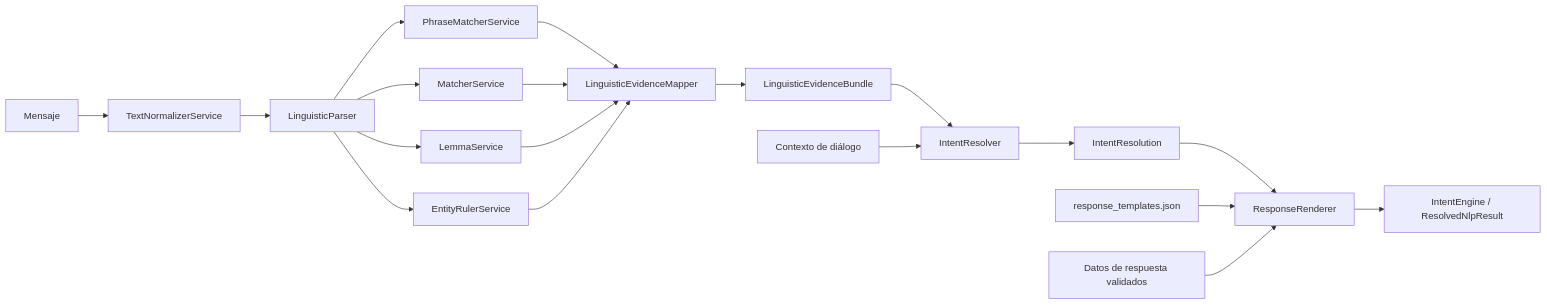
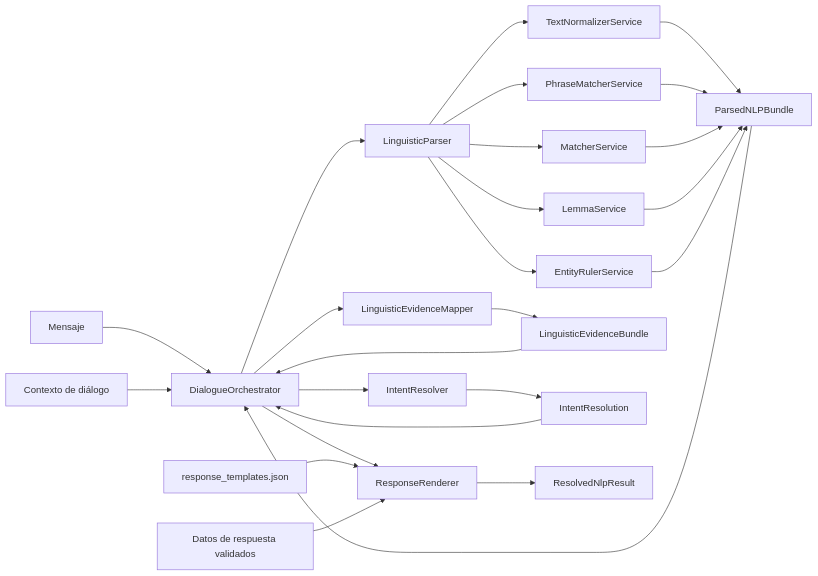
Before and after one commit to fomoro/Spacy: the diagram in fases/core_nlp_engine_sm/arquitectura.md, drawn with Mermaid. The commit also changed other lines of this file and 31 other files, not shown here.

````diff
--- a/fases/core_nlp_engine_sm/arquitectura.md
+++ b/fases/core_nlp_engine_sm/arquitectura.md
@@ -7,21 +7,27 @@
 ```mermaid
 flowchart LR
-    A[Mensaje] --> B[TextNormalizerService]
-    B --> C[LinguisticParser]
+    A[Mensaje] --> O[DialogueOrchestrator]
+    O --> C[LinguisticParser]
+    C --> B[TextNormalizerService]
     C --> D[PhraseMatcherService]
     C --> E[MatcherService]
     C --> F[LemmaService]
     C --> G[EntityRulerService]
-    D --> M[LinguisticEvidenceMapper]
-    E --> M
-    F --> M
-    G --> M
+    B --> P[ParsedNLPBundle]
+    D --> P
+    E --> P
+    F --> P
+    G --> P
+    P --> O
+    O --> M[LinguisticEvidenceMapper]
     M --> H[LinguisticEvidenceBundle]
-    H --> I[IntentResolver]
-    J[Contexto de diálogo] --> I
+    H --> O
+    O --> I[IntentResolver]
+    J[Contexto de diálogo] --> O
     I --> K[IntentResolution]
-    K --> R[ResponseRenderer]
+    K --> O
+    O --> R[ResponseRenderer]
     T[response_templates.json] --> R
     V[Datos de respuesta validados] --> R
-    R --> L[IntentEngine / ResolvedNlpResult]
+    R --> L[ResolvedNlpResult]
 ```
````
